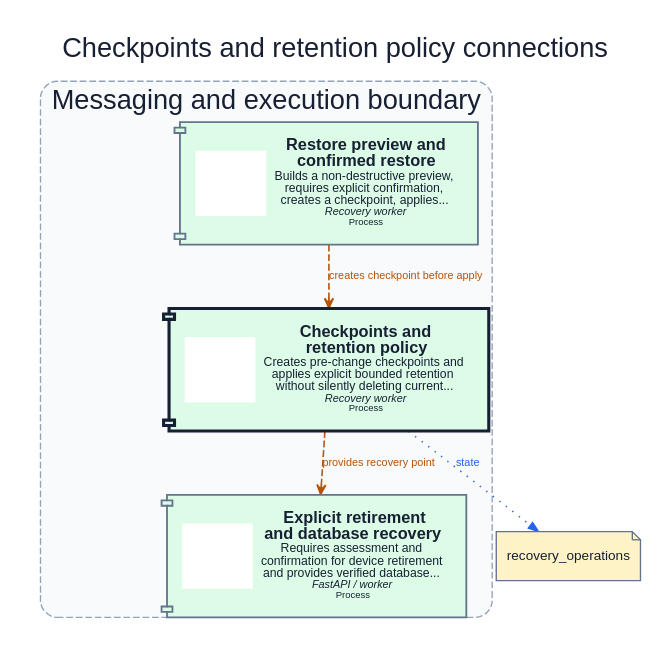
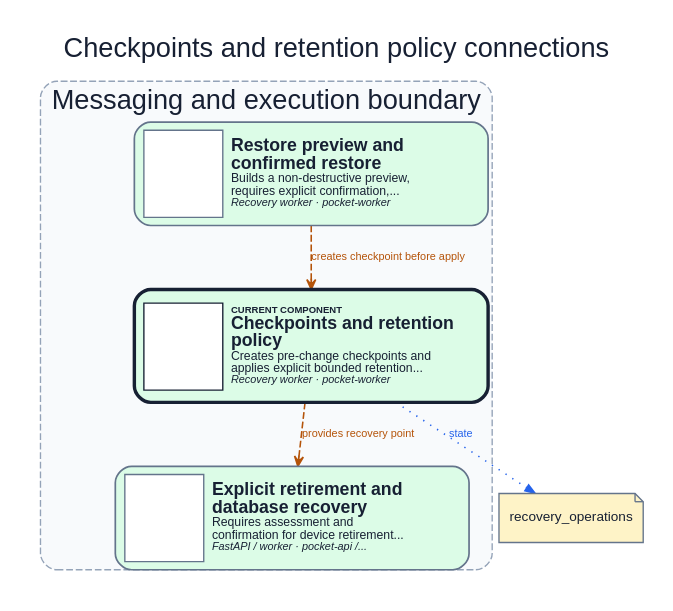
One commit to dexter-lab-ctrl/pocket-lab-lite changed the diagram in docs/assets/diagrams/production/components/checkpoints-retention.light.dot. Above: the diagram before and after it, drawn with Graphviz. The commit also changed 353 other files, not shown here.

Commit message:
docs: polish architecture diagrams and stabilize validation (#466)

```diff
--- a/docs/assets/diagrams/production/components/checkpoints-retention.light.dot
+++ b/docs/assets/diagrams/production/components/checkpoints-retention.light.dot
@@ -1,50 +1,50 @@
 digraph component_checkpoints_retention {
   graph [
     rankdir="TB",
     splines="spline",
     compound="true",
     newrank="true",
     nodesep="0.30",
     ranksep="0.52",
     ratio="compress",
     pad="0.20",
     margin="0",
     outputorder="edgesfirst",
     bgcolor="#ffffff",
     fontcolor="#172033",
     fontname="Arial",
     label="Checkpoints and retention policy connections",
     labelloc="t",
     fontsize="20"
   ];
   node [
     fontname="Arial",
     fontsize="10",
     color="#64748b",
     fontcolor="#172033",
     margin="0.12,0.08"
   ];
   edge [
     fontname="Arial",
     fontsize="8",
     color="#64748b",
     fontcolor="#475569",
     arrowsize="0.72",
     penwidth="1.15"
   ];
   subgraph "cluster_messaging-execution" {
     label="Messaging and execution boundary";
     style="rounded,dashed,filled";
     color="#94a3b8";
     fillcolor="#f8fafc";
     fontcolor="#172033";
     penwidth="1.0";
-    "checkpoints-retention" [label=<<TABLE BORDER="0" CELLBORDER="0" CELLPADDING="4"><TR><TD FIXEDSIZE="TRUE" WIDTH="52" HEIGHT="48" BGCOLOR="#FFFFFF"> </TD><TD ALIGN="LEFT"><FONT POINT-SIZE="12"><B>Checkpoints and<BR/>retention policy</B></FONT><BR/><FONT POINT-SIZE="9">Creates pre-change checkpoints and<BR/>applies explicit bounded retention<BR/>without silently deleting current...</FONT><BR/><FONT POINT-SIZE="8"><I>Recovery worker</I></FONT><BR/><FONT POINT-SIZE="7.5">Process</FONT></TD></TR></TABLE>>, shape="component", style="rounded,filled,bold", fillcolor="#dcfce7", color="#172033", fontcolor="#172033", penwidth="2.3", tooltip="Checkpoints and retention policy. Creates pre-change checkpoints and applies explicit bounded retention without silently deleting current state.", URL="../../../../generated/production/architecture/components/checkpoints-retention/", target="_top"];
-    "restore-preview" [label=<<TABLE BORDER="0" CELLBORDER="0" CELLPADDING="4"><TR><TD FIXEDSIZE="TRUE" WIDTH="52" HEIGHT="48" BGCOLOR="#FFFFFF"> </TD><TD ALIGN="LEFT"><FONT POINT-SIZE="12"><B>Restore preview and<BR/>confirmed restore</B></FONT><BR/><FONT POINT-SIZE="9">Builds a non-destructive preview,<BR/>requires explicit confirmation,<BR/>creates a checkpoint, applies...</FONT><BR/><FONT POINT-SIZE="8"><I>Recovery worker</I></FONT><BR/><FONT POINT-SIZE="7.5">Process</FONT></TD></TR></TABLE>>, shape="component", style="rounded,filled", fillcolor="#dcfce7", color="#64748b", fontcolor="#172033", penwidth="1.35", tooltip="Restore preview and confirmed restore. Builds a non-destructive preview, requires explicit confirmation, creates a checkpoint, applies restore, and validates health.", URL="../../../../generated/production/architecture/components/restore-preview/", target="_top"];
-    "retirement-database-recovery" [label=<<TABLE BORDER="0" CELLBORDER="0" CELLPADDING="4"><TR><TD FIXEDSIZE="TRUE" WIDTH="52" HEIGHT="48" BGCOLOR="#FFFFFF"> </TD><TD ALIGN="LEFT"><FONT POINT-SIZE="12"><B>Explicit retirement<BR/>and database recovery</B></FONT><BR/><FONT POINT-SIZE="9">Requires assessment and<BR/>confirmation for device retirement<BR/>and provides verified database...</FONT><BR/><FONT POINT-SIZE="8"><I>FastAPI / worker</I></FONT><BR/><FONT POINT-SIZE="7.5">Process</FONT></TD></TR></TABLE>>, shape="component", style="rounded,filled", fillcolor="#dcfce7", color="#64748b", fontcolor="#172033", penwidth="1.35", tooltip="Explicit retirement and database recovery. Requires assessment and confirmation for device retirement and provides verified database backup/preview/restore without coupling command cleanup to device deletion.", URL="../../../../generated/production/architecture/components/retirement-database-recovery/", target="_top"];
+    "checkpoints-retention" [label=<<TABLE BORDER="0" CELLBORDER="0" CELLSPACING="0" CELLPADDING="6"><TR><TD FIXEDSIZE="TRUE" WIDTH="58" HEIGHT="64" ALIGN="CENTER" VALIGN="MIDDLE" BORDER="1" BGCOLOR="#FFFFFF" HREF="#PLICON__checkpoints-retention" TITLE="Architecture icon anchor"><FONT POINT-SIZE="1">&#160;</FONT></TD><TD WIDTH="188" ALIGN="LEFT" BALIGN="LEFT" VALIGN="MIDDLE"><FONT POINT-SIZE="7"><B>CURRENT COMPONENT</B></FONT><BR/><FONT POINT-SIZE="13"><B>Checkpoints and retention<BR/>policy</B></FONT><BR/><FONT POINT-SIZE="9">Creates pre-change checkpoints and<BR/>applies explicit bounded retention...</FONT><BR/><FONT POINT-SIZE="8"><I>Recovery worker · pocket-worker</I></FONT></TD></TR></TABLE>>, shape="box", style="rounded,filled,bold", fillcolor="#dcfce7", color="#172033", fontcolor="#172033", penwidth="2.5", tooltip="Checkpoints and retention policy. Creates pre-change checkpoints and applies explicit bounded retention without silently deleting current state.", URL="../../../../generated/production/architecture/components/checkpoints-retention/", target="_top", margin="0.10,0.08"];
+    "restore-preview" [label=<<TABLE BORDER="0" CELLBORDER="0" CELLSPACING="0" CELLPADDING="6"><TR><TD FIXEDSIZE="TRUE" WIDTH="58" HEIGHT="64" ALIGN="CENTER" VALIGN="MIDDLE" BORDER="1" BGCOLOR="#FFFFFF" HREF="#PLICON__restore-preview" TITLE="Architecture icon anchor"><FONT POINT-SIZE="1">&#160;</FONT></TD><TD WIDTH="188" ALIGN="LEFT" BALIGN="LEFT" VALIGN="MIDDLE"><FONT POINT-SIZE="13"><B>Restore preview and<BR/>confirmed restore</B></FONT><BR/><FONT POINT-SIZE="9">Builds a non-destructive preview,<BR/>requires explicit confirmation,...</FONT><BR/><FONT POINT-SIZE="8"><I>Recovery worker · pocket-worker</I></FONT></TD></TR></TABLE>>, shape="box", style="rounded,filled", fillcolor="#dcfce7", color="#64748b", fontcolor="#172033", penwidth="1.25", tooltip="Restore preview and confirmed restore. Builds a non-destructive preview, requires explicit confirmation, creates a checkpoint, applies restore, and validates health.", URL="../../../../generated/production/architecture/components/restore-preview/", target="_top", margin="0.10,0.08"];
+    "retirement-database-recovery" [label=<<TABLE BORDER="0" CELLBORDER="0" CELLSPACING="0" CELLPADDING="6"><TR><TD FIXEDSIZE="TRUE" WIDTH="58" HEIGHT="64" ALIGN="CENTER" VALIGN="MIDDLE" BORDER="1" BGCOLOR="#FFFFFF" HREF="#PLICON__retirement-database-recovery" TITLE="Architecture icon anchor"><FONT POINT-SIZE="1">&#160;</FONT></TD><TD WIDTH="188" ALIGN="LEFT" BALIGN="LEFT" VALIGN="MIDDLE"><FONT POINT-SIZE="13"><B>Explicit retirement and<BR/>database recovery</B></FONT><BR/><FONT POINT-SIZE="9">Requires assessment and<BR/>confirmation for device retirement...</FONT><BR/><FONT POINT-SIZE="8"><I>FastAPI / worker · pocket-api /...</I></FONT></TD></TR></TABLE>>, shape="box", style="rounded,filled", fillcolor="#dcfce7", color="#64748b", fontcolor="#172033", penwidth="1.25", tooltip="Explicit retirement and database recovery. Requires assessment and confirmation for device retirement and provides verified database backup/preview/restore without coupling command cleanup to device deletion.", URL="../../../../generated/production/architecture/components/retirement-database-recovery/", target="_top", margin="0.10,0.08"];
   }
   "restore-preview" -> "checkpoints-retention" [label="creates checkpoint before apply", tooltip="creates checkpoint before apply (NATS)", style="dashed", arrowhead="vee", color="#b45309", fontcolor="#b45309", penwidth="1.15", arrowsize="0.72"];
   "checkpoints-retention" -> "retirement-database-recovery" [label="provides recovery point", tooltip="provides recovery point (SQLite)", style="dashed", arrowhead="vee", color="#b45309", fontcolor="#b45309", penwidth="1.15", arrowsize="0.72"];
   "state_dependency_0" [label="recovery_operations", shape="note", style="filled", fillcolor="#fef3c7", color="#64748b", fontcolor="#172033", tooltip="Durable-state dependency"];
   "checkpoints-retention" -> "state_dependency_0" [label="state", style="dotted", color="#2563eb", fontcolor="#2563eb"];
 }
```
